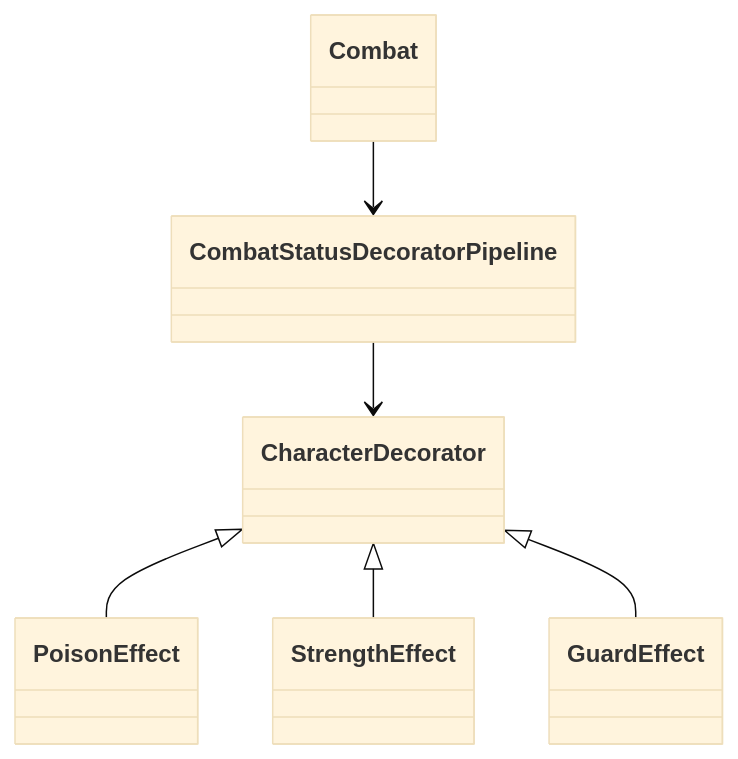
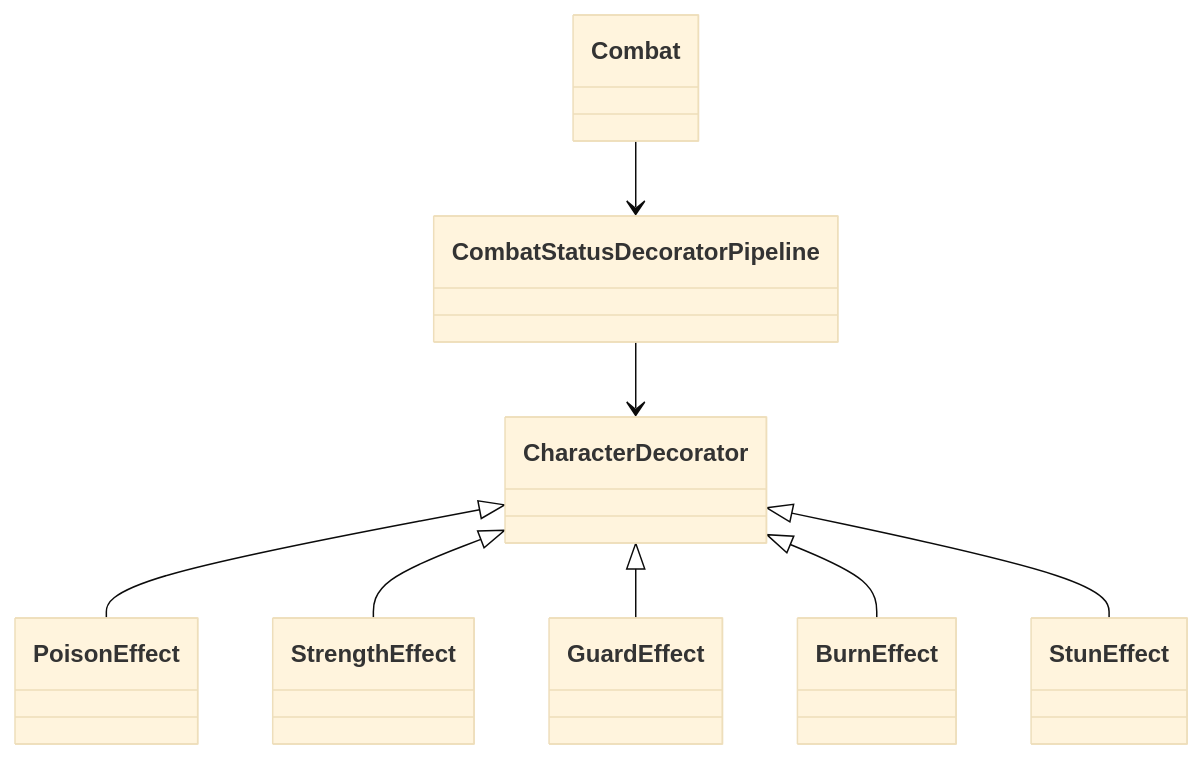
One commit to Craos6518/dungeon-crawler-patterns changed the diagram in docs/03-patterns/decorator.md. Above: the diagram before and after it, drawn with Mermaid (base theme). The commit also changed other lines of this file and 12 other files, not shown here.

````diff
--- a/docs/03-patterns/decorator.md
+++ b/docs/03-patterns/decorator.md
@@ -27,8 +30,10 @@
 ```mermaid
 classDiagram
     Combat --> CombatStatusDecoratorPipeline
     CombatStatusDecoratorPipeline --> CharacterDecorator
     CharacterDecorator <|-- PoisonEffect
     CharacterDecorator <|-- StrengthEffect
     CharacterDecorator <|-- GuardEffect
+    CharacterDecorator <|-- BurnEffect
+    CharacterDecorator <|-- StunEffect
 ```
````
